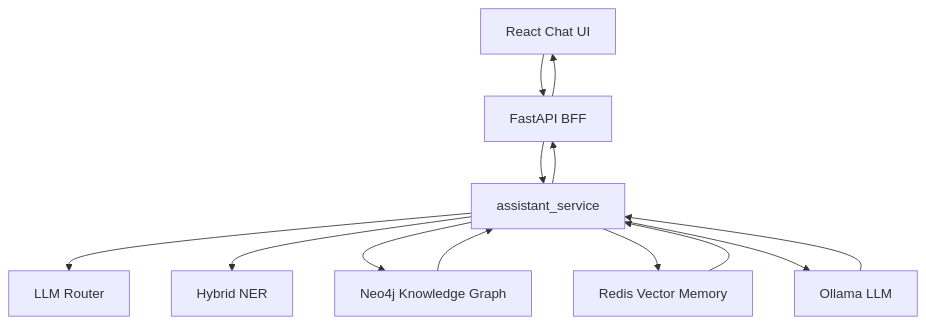
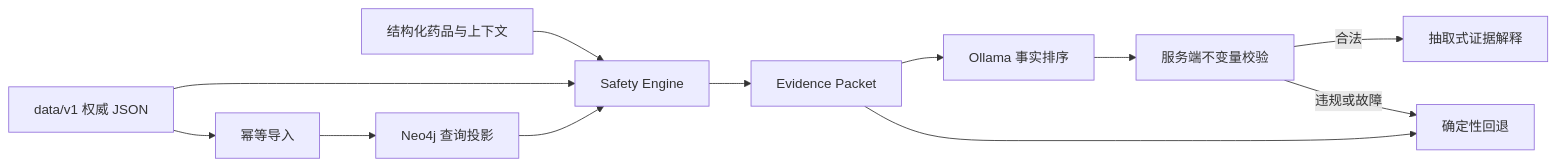
The diagram in README.md (GFLabandon/MedSafetyAssistant), drawn with Mermaid before and after one commit. The commit also changed other lines of this file and 3 other files, not shown here.

````diff
--- a/README.md
+++ b/README.md
@@ -142,15 +46,14 @@
 ```mermaid
-flowchart TD
-    A[React Chat UI] --> B[FastAPI BFF]
-    B --> C[assistant_service]
-    C --> D[LLM Router]
-    C --> E[Hybrid NER]
-    C --> F[Neo4j Knowledge Graph]
-    C --> G[Redis Vector Memory]
-    C --> H[Ollama LLM]
-    F --> C
-    G --> C
-    H --> C
-    C --> B
-    B --> A
+flowchart LR
+    A["结构化药品与上下文"] --> B["Safety Engine"]
+    J["data/v1 权威 JSON"] --> B
+    J --> C["幂等导入"]
+    C --> D["Neo4j 查询投影"]
+    D --> B
+    B --> E["Evidence Packet"]
+    E --> F["Ollama 事实排序"]
+    F --> G["服务端不变量校验"]
+    G -->|"合法"| H["抽取式证据解释"]
+    G -->|"违规或故障"| I["确定性回退"]
+    E --> I
 ```
````
